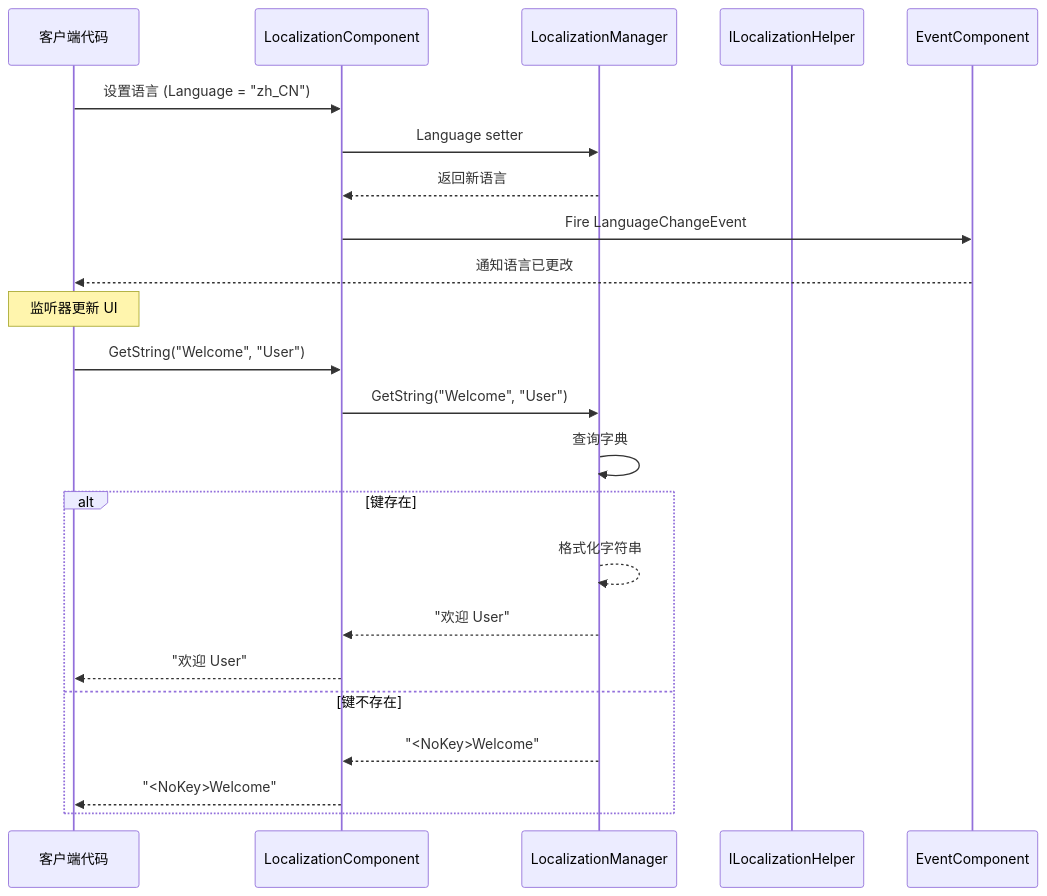
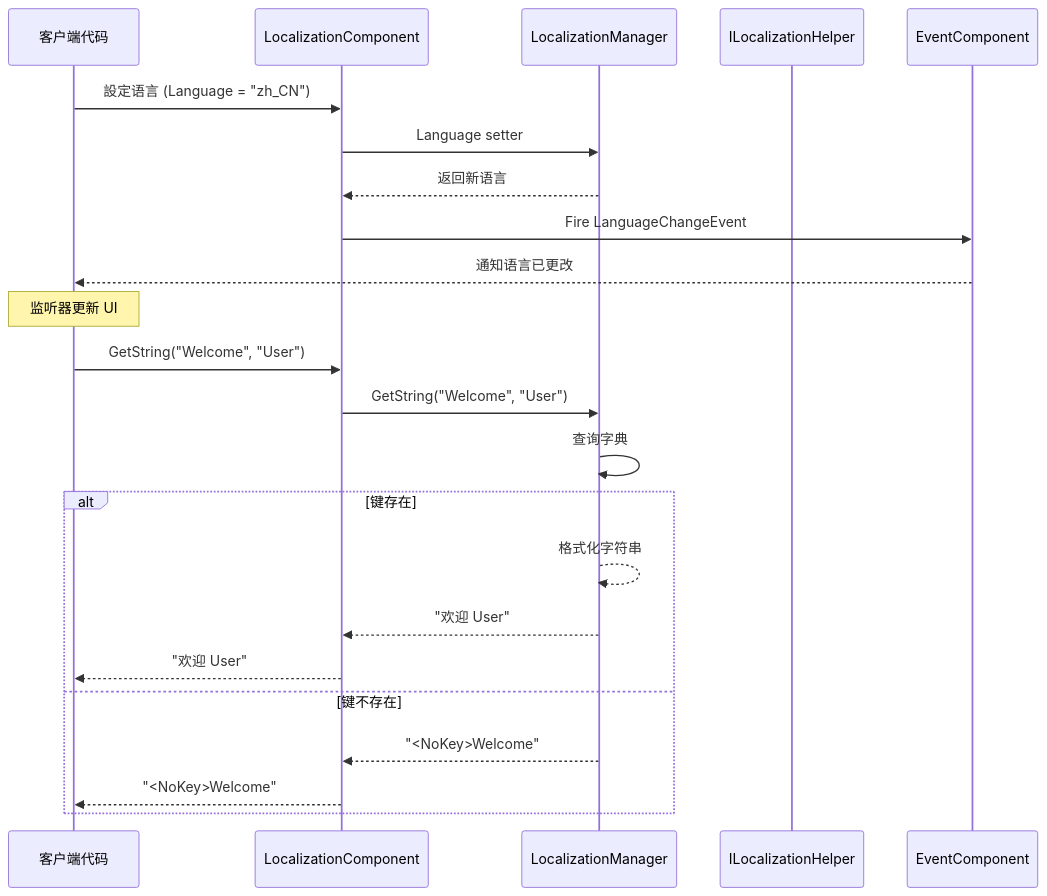
One commit to AlianBlank/GameFrameX.Docs changed the second of 2 diagrams in docs/ja/client/unity/component/localization/09.api-reference.md. Above: the diagram before and after it, drawn with Mermaid. The commit also changed other lines of this file and 603 other files, not shown here.

````diff
--- a/docs/ja/client/unity/component/localization/09.api-reference.md
+++ b/docs/ja/client/unity/component/localization/09.api-reference.md
@@ -450,27 +450,27 @@
 ```mermaid
 sequenceDiagram
     participant Client as 客户端代码
     participant LC as LocalizationComponent
     participant LM as LocalizationManager
     participant LH as ILocalizationHelper
     participant Event as EventComponent
 
-    Client->>LC: 设置语言 (Language = "zh_CN")
+    Client->>LC: 設定语言 (Language = "zh_CN")
     LC->>LM: Language setter
     LM-->>LC: 返回新语言
     LC->>Event: Fire LanguageChangeEvent
     Event-->>Client: 通知语言已更改
     Note over Client: 监听器更新 UI
 
     Client->>LC: GetString("Welcome", "User")
     LC->>LM: GetString("Welcome", "User")
     LM->>LM: 查询字典
     alt 键存在
         LM-->>LM: 格式化字符串
         LM-->>LC: "欢迎 User"
         LC-->>Client: "欢迎 User"
     else 键不存在
         LM-->>LC: "<NoKey>Welcome"
         LC-->>Client: "<NoKey>Welcome"
     end
 ```
````
